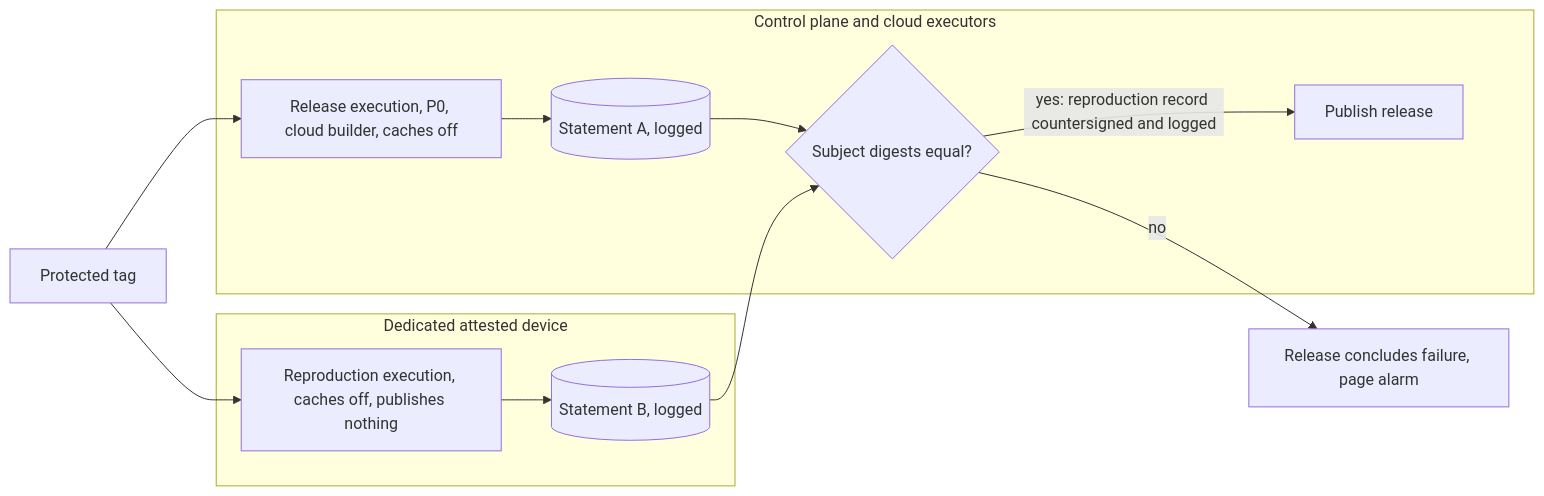
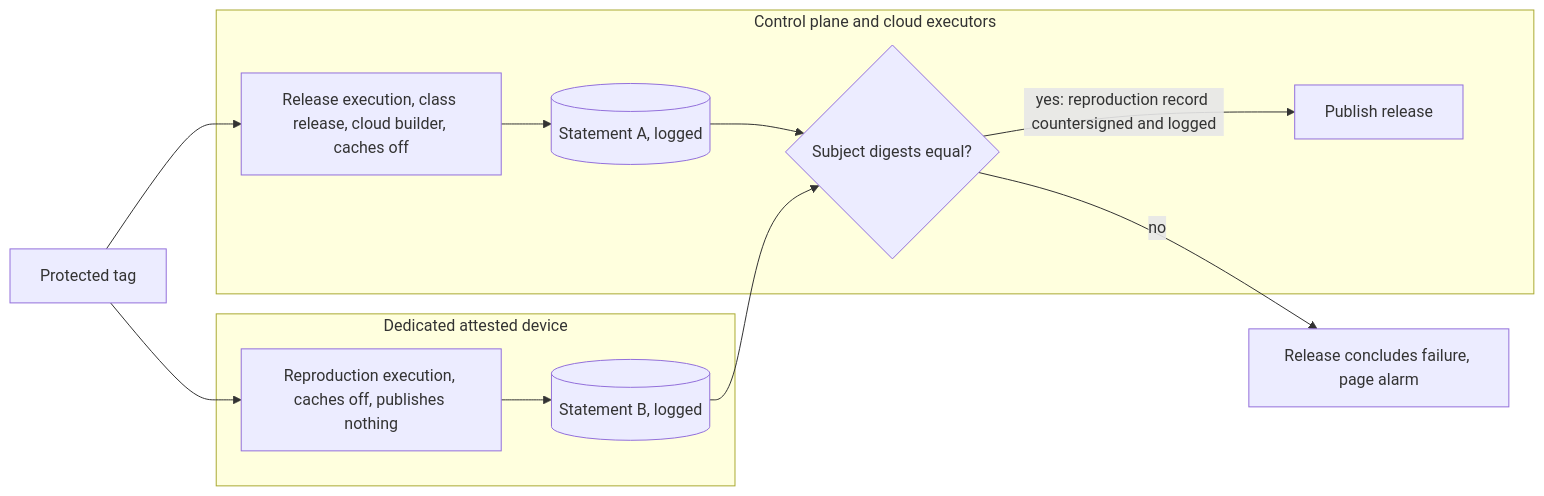
One commit to fractalboxdev/flare-dispatch changed the fourth of 4 diagrams in specs/provenance.md. Above: the diagram before and after it, drawn with Mermaid. The commit also changed other lines of this file and 45 other files, not shown here.

````diff
--- a/specs/provenance.md
+++ b/specs/provenance.md
@@ -180,25 +182,25 @@
 ```mermaid
 flowchart LR
   accTitle: Reproduced tier for a release
   tag[Protected tag] --> rel
   subgraph cloud[Control plane and cloud executors]
-    rel[Release execution, P0, cloud builder, caches off] --> sa[(Statement A, logged)]
+    rel[Release execution, class release, cloud builder, caches off] --> sa[(Statement A, logged)]
     cmp{Subject digests equal?}
     pub[Publish release]
   end
   subgraph dev[Dedicated attested device]
     rep[Reproduction execution, caches off, publishes nothing] --> sb[(Statement B, logged)]
   end
   tag --> rep
   sa --> cmp
   sb --> cmp
   cmp -->|yes: reproduction record countersigned and logged| pub
   cmp e1@-->|no| block[Release concludes failure, page alarm]
   class tag accent
   class sa,sb store
   class cmp warn
   class pub ok
   class block danger
   class cloud,dev group
   class e1 failure
 ```
````
